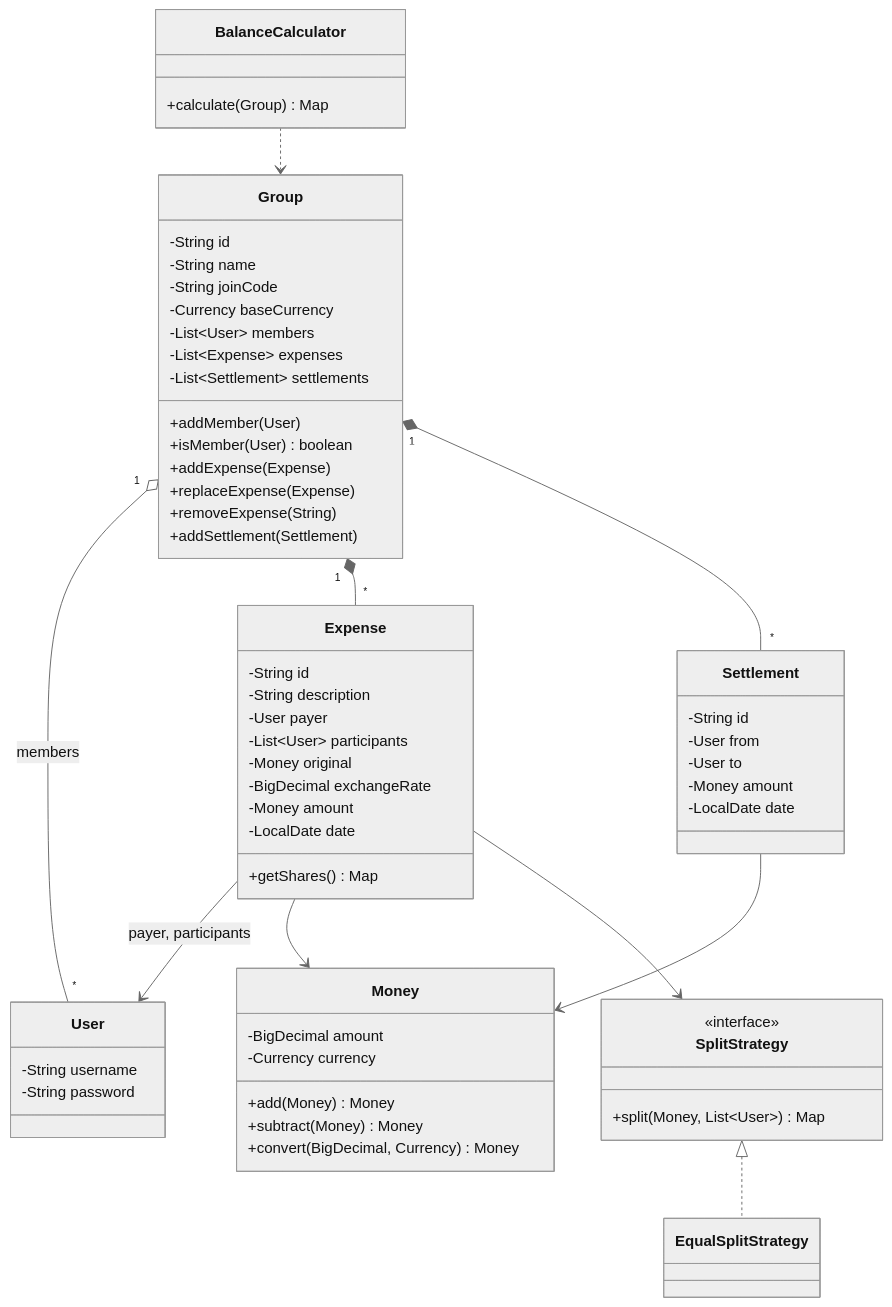
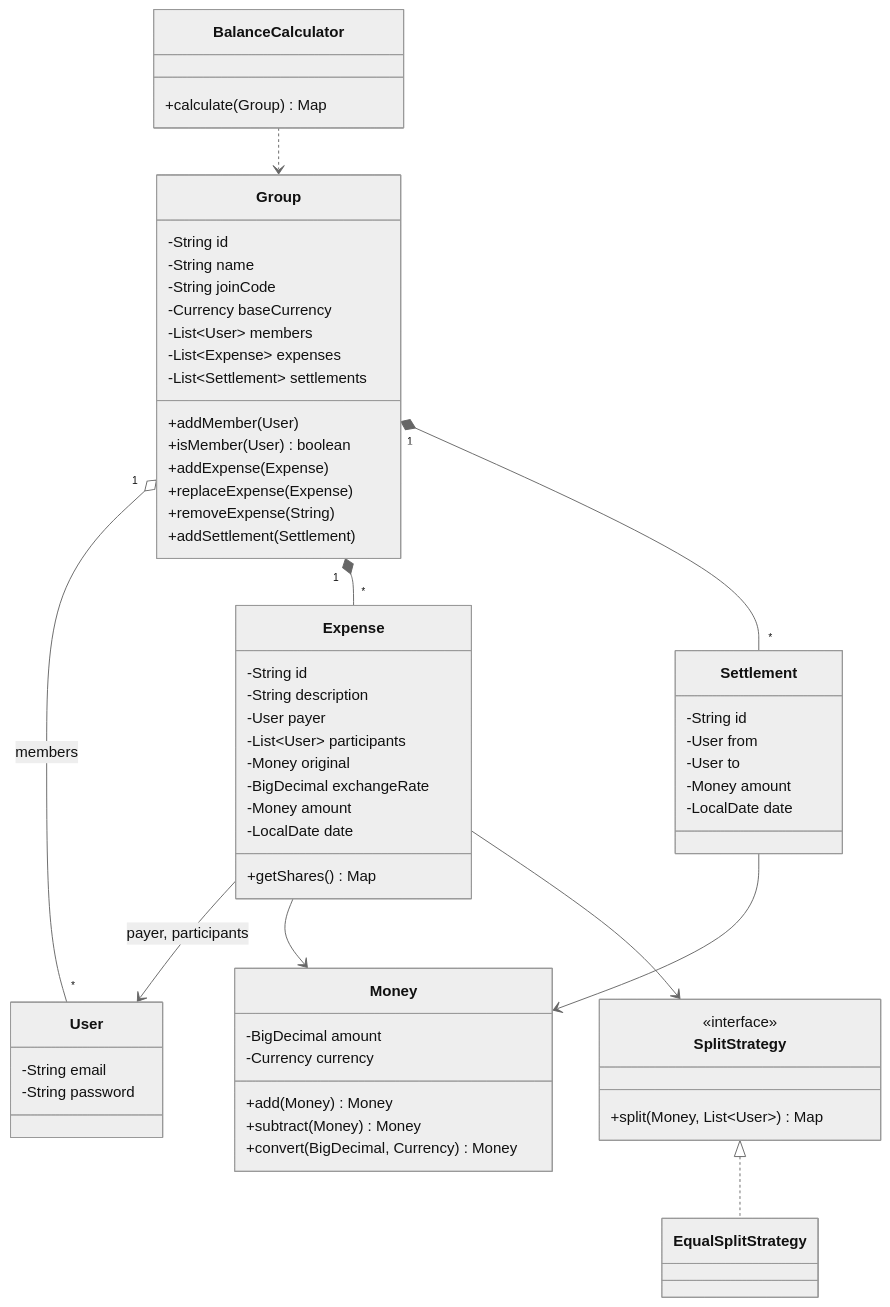
Before and after one commit to heermdesai/csc207-project: the first of 3 diagrams in README.md, drawn with Mermaid (neutral theme).

Commit message:
updated uml

````diff
--- a/README.md
+++ b/README.md
@@ -209,66 +209,65 @@
 ```mermaid
 classDiagram
     class Money {
         -BigDecimal amount
         -Currency currency
         +add(Money) Money
         +subtract(Money) Money
         +convert(BigDecimal, Currency) Money
     }
     class User {
-        -String username
+        -String email
         -String password
     }
     class Group {
         -String id
         -String name
         -String joinCode
         -Currency baseCurrency
         -List~User~ members
         -List~Expense~ expenses
         -List~Settlement~ settlements
         +addMember(User)
         +isMember(User) boolean
         +addExpense(Expense)
         +replaceExpense(Expense)
         +removeExpense(String)
         +addSettlement(Settlement)
     }
     class Expense {
         -String id
         -String description
         -User payer
         -List~User~ participants
         -Money original
         -BigDecimal exchangeRate
         -Money amount
         -LocalDate date
         +getShares() Map
     }
     class Settlement {
         -String id
         -User from
         -User to
         -Money amount
         -LocalDate date
     }
     class SplitStrategy {
         <<interface>>
         +split(Money, List~User~) Map
     }
     class EqualSplitStrategy
     class BalanceCalculator {
         +calculate(Group) Map
     }
 
-    Group "1" o-- "*" User : members
-    Group "1" *-- "*" Expense
-    Group "1" *-- "*" Settlement
-    Expense --> User : payer, participants
-    Expense --> Money
-    Expense --> SplitStrategy
-    Settlement --> Money
-    SplitStrategy <|.. EqualSplitStrategy
-    BalanceCalculator ..> Group
-
+Group "1" o-- "*" User : members
+Group "1" *-- "*" Expense
+Group "1" *-- "*" Settlement
+Expense --> User : payer, participants
+Expense --> Money
+Expense --> SplitStrategy
+Settlement --> Money
+SplitStrategy <|.. EqualSplitStrategy
+BalanceCalculator ..> Group
 ```
````
